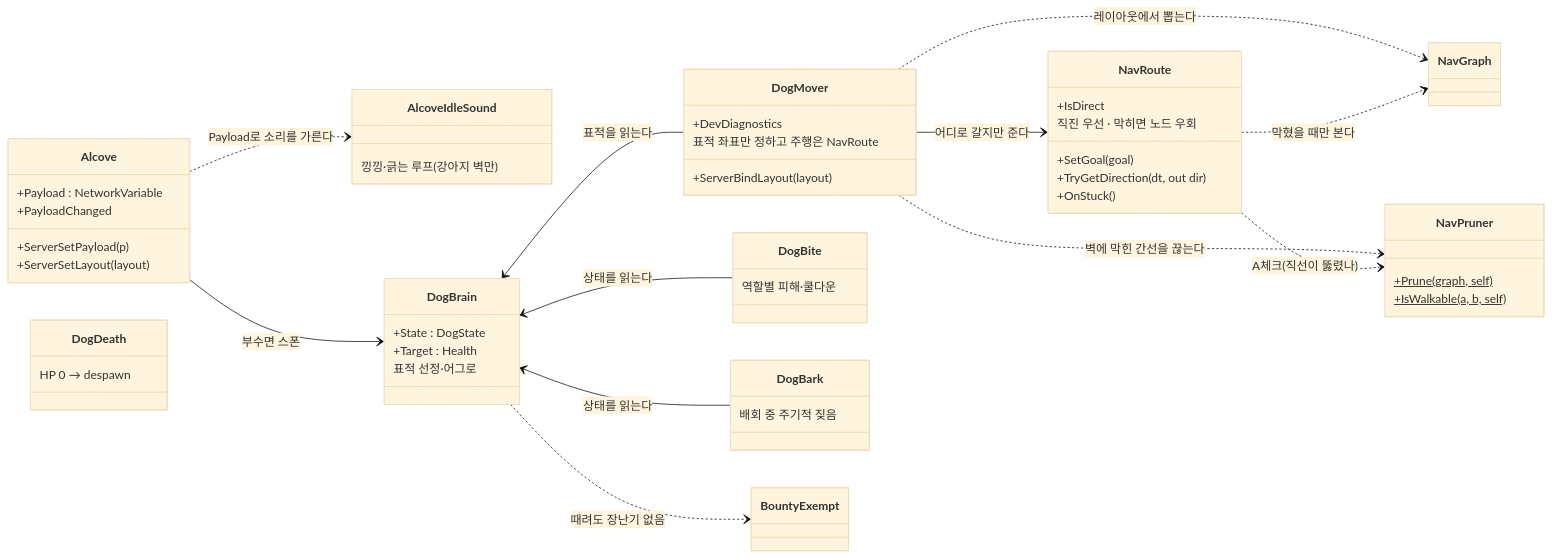
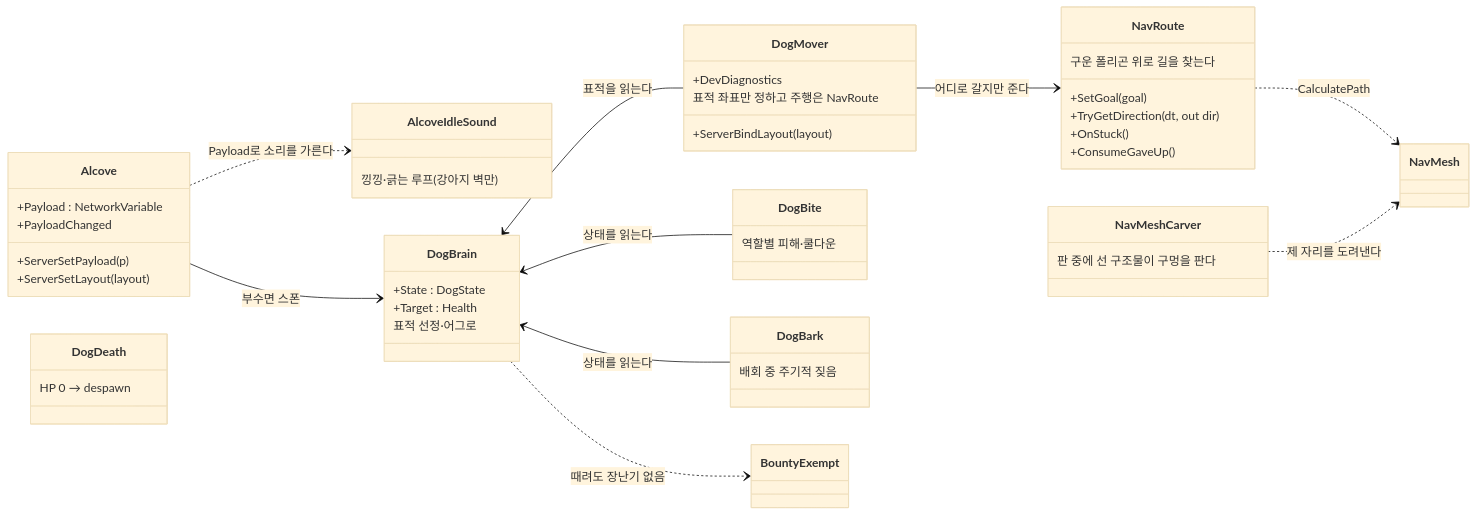
The eighth of 15 diagrams in CTC/docs/design-vault/코드 다이어그램.md (JeahanPark/The-Cheese-Thief-and-the-Cat), drawn with Mermaid (base theme) before and after one commit. The commit also changed other lines of this file and 31 other files, not shown here.

First line of the commit message:
refactor(ai): 길찾기를 웨이포인트에서 구운 폴리곤(NavMesh)으로

````diff
--- a/CTC/docs/design-vault/코드 다이어그램.md
+++ b/CTC/docs/design-vault/코드 다이어그램.md
@@ -317,58 +317,55 @@
 ```mermaid
 classDiagram
     direction LR
 
     class Alcove {
         +Payload : NetworkVariable
         +ServerSetPayload(p)
         +ServerSetLayout(layout)
         +PayloadChanged
     }
     class AlcoveIdleSound {
         낑낑·긁는 루프(강아지 벽만)
     }
     class DogBrain {
         +State : DogState
         +Target : Health
         표적 선정·어그로
     }
     class DogMover {
         +ServerBindLayout(layout)
         +DevDiagnostics
         표적 좌표만 정하고 주행은 NavRoute
     }
     class NavRoute {
         +SetGoal(goal)
         +TryGetDirection(dt, out dir)
         +OnStuck()
-        +IsDirect
-        직진 우선 · 막히면 노드 우회
+        +ConsumeGaveUp()
+        구운 폴리곤 위로 길을 찾는다
     }
-    class NavPruner {
-        +Prune(graph, self)$
-        +IsWalkable(a, b, self)$
+    class NavMeshCarver {
+        판 중에 선 구조물이 구멍을 판다
     }
     class DogBite {
         역할별 피해·쿨다운
     }
     class DogBark {
         배회 중 주기적 짖음
     }
     class DogDeath {
         HP 0 → despawn
     }
     class BountyExempt
-    class NavGraph
+    class NavMesh
 
     Alcove --> DogBrain : 부수면 스폰
     Alcove ..> AlcoveIdleSound : Payload로 소리를 가른다
     DogMover --> NavRoute : 어디로 갈지만 준다
-    DogMover ..> NavGraph : 레이아웃에서 뽑는다
-    DogMover ..> NavPruner : 벽에 막힌 간선을 끊는다
-    NavRoute ..> NavGraph : 막혔을 때만 본다
-    NavRoute ..> NavPruner : A체크(직선이 뚫렸나)
+    NavRoute ..> NavMesh : CalculatePath
+    NavMeshCarver ..> NavMesh : 제 자리를 도려낸다
     DogBrain <-- DogMover : 표적을 읽는다
     DogBrain <-- DogBite : 상태를 읽는다
     DogBrain <-- DogBark : 상태를 읽는다
     DogBrain ..> BountyExempt : 때려도 장난기 없음
 ```
````
